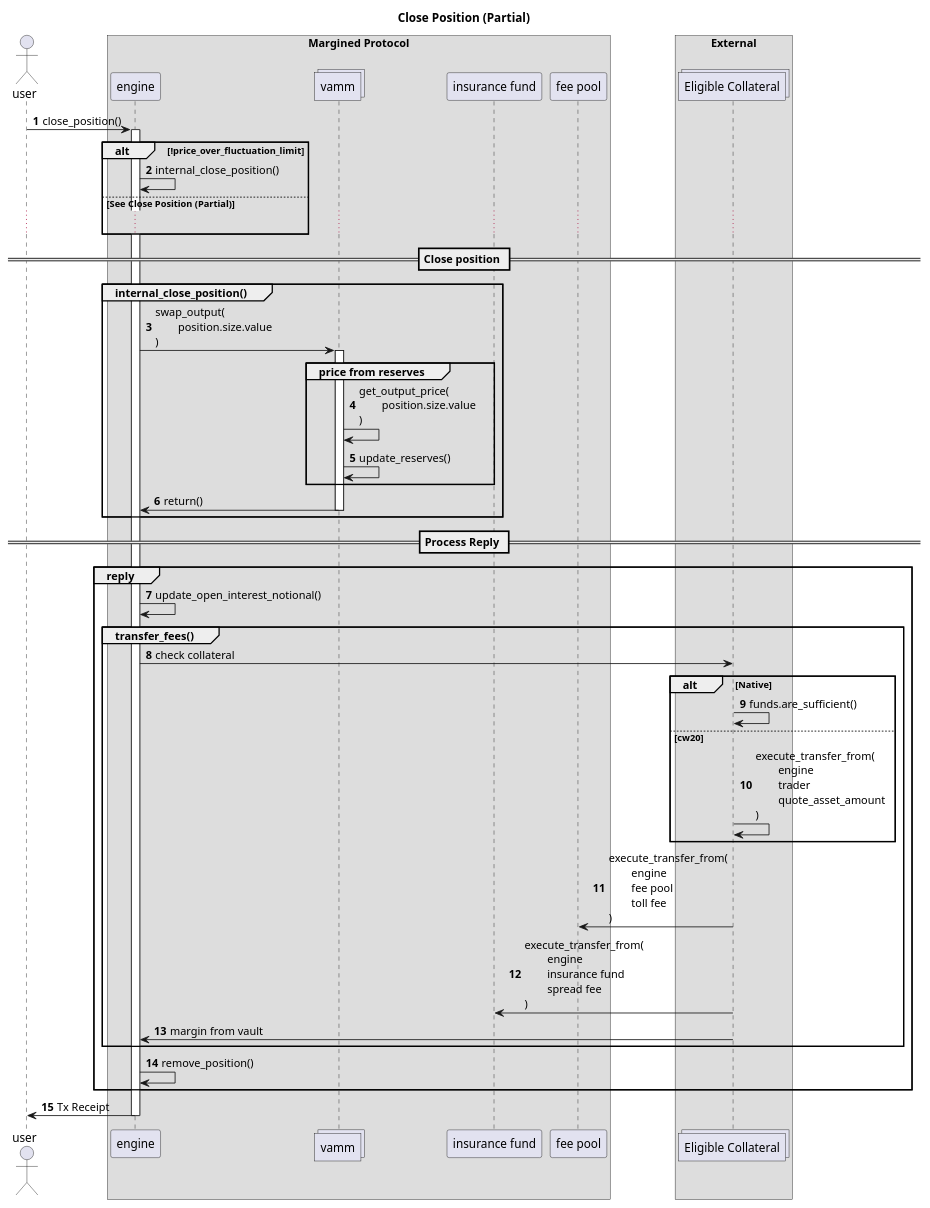
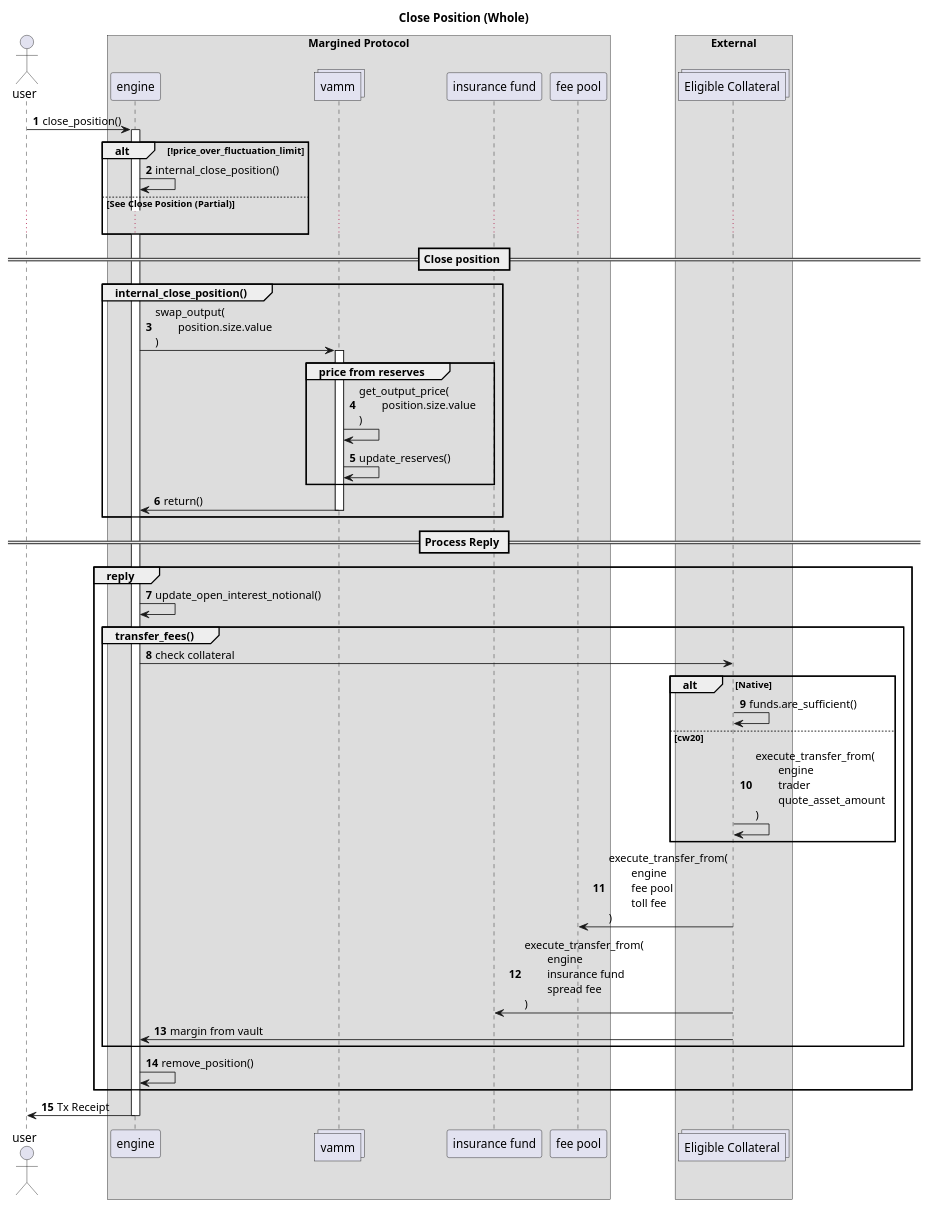
The diagram in architecture/diagrams/close-pos-whole.puml (margined-protocol/docs), drawn with PlantUML before and after one commit. The commit also changed 9 other files, not shown here.

Commit message:
made changes to diagrams

```diff
--- a/architecture/diagrams/close-pos-whole.puml
+++ b/architecture/diagrams/close-pos-whole.puml
@@ -1,64 +1,64 @@
 @startuml
 autonumber
 actor user    
 
 box "Margined Protocol" 
     participant engine    
     collections vamm     
     participant "insurance fund" as insurance    
     participant "fee pool" as pool    
 end box
 
 box "External"
     collections "Eligible Collateral" as token
 end box
 
 
-title Close Position (Partial)
+title Close Position (Whole)
 user -> engine : close_position()
 activate engine
 
 alt !price_over_fluctuation_limit
     engine -> engine : internal_close_position()
 else See Close Position (Partial)
     ...
 end
 
 == Close position ==
 
 Group internal_close_position()
     engine -> vamm : swap_output(\n\tposition.size.value\n)
     activate vamm
 
     Group price from reserves
         vamm -> vamm: get_output_price(\n\tposition.size.value\n)
         vamm -> vamm: update_reserves()
     end
     
     vamm -> engine: return()
     deactivate vamm
 end
 
 == Process Reply ==
 Group reply
 
     engine -> engine: update_open_interest_notional()
 
     Group transfer_fees()
         engine -> token : check collateral
         alt Native
             token -> token : funds.are_sufficient()
         else cw20
             token -> token : execute_transfer_from(\n\tengine\n\ttrader\n\tquote_asset_amount\n)
         end
         token -> pool : execute_transfer_from(\n\tengine\n\tfee pool\n\ttoll fee\n)
         token -> insurance : execute_transfer_from(\n\tengine\n\tinsurance fund\n\tspread fee\n)
         token -> engine : margin from vault
     end     
     engine -> engine: remove_position()
 end
 
 engine -> user : Tx Receipt
 deactivate engine
 
 @enduml
```
